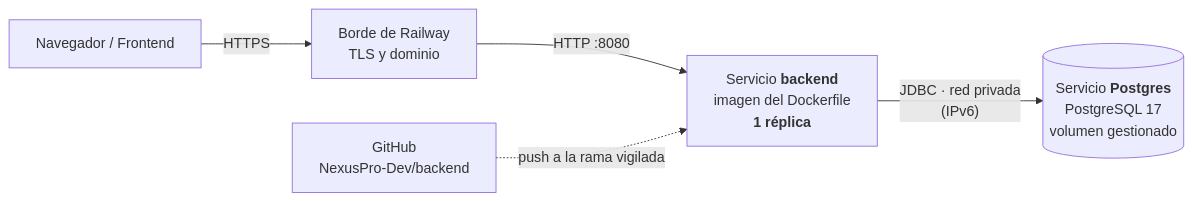
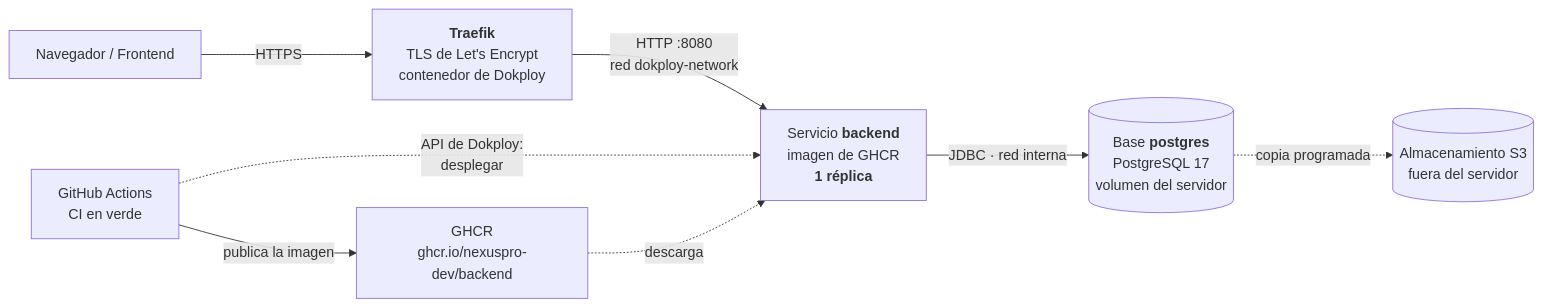
One commit to NexusPro-Dev/backend changed the diagram in docs/deployment.md. Above: the diagram before and after it, drawn with Mermaid. The commit also changed other lines of this file and 11 other files, not shown here.

````diff
--- a/docs/deployment.md
+++ b/docs/deployment.md
@@ -45,7 +45,10 @@
 ```mermaid
 graph LR
-    N["Navegador / Frontend"] -->|HTTPS| E["Borde de Railway<br/>TLS y dominio"]
-    E -->|"HTTP :8080"| A["Servicio <b>backend</b><br/>imagen del Dockerfile<br/><b>1 réplica</b>"]
-    A -->|"JDBC · red privada<br/>(IPv6)"| P[("Servicio <b>Postgres</b><br/>PostgreSQL 17<br/>volumen gestionado")]
-    G["GitHub<br/>NexusPro-Dev/backend"] -.->|"push a la rama vigilada"| A
+    N["Navegador / Frontend"] -->|HTTPS| T["<b>Traefik</b><br/>TLS de Let's Encrypt<br/>contenedor de Dokploy"]
+    T -->|"HTTP :8080<br/>red dokploy-network"| A["Servicio <b>backend</b><br/>imagen de GHCR<br/><b>1 réplica</b>"]
+    A -->|"JDBC · red interna"| P[("Base <b>postgres</b><br/>PostgreSQL 17<br/>volumen del servidor")]
+    P -.->|"copia programada"| S[("Almacenamiento S3<br/>fuera del servidor")]
+    G["GitHub Actions<br/>CI en verde"] -->|"publica la imagen"| R["GHCR<br/>ghcr.io/nexuspro-dev/backend"]
+    G -.->|"API de Dokploy:<br/>desplegar"| A
+    R -.->|"descarga"| A
 ```
````
